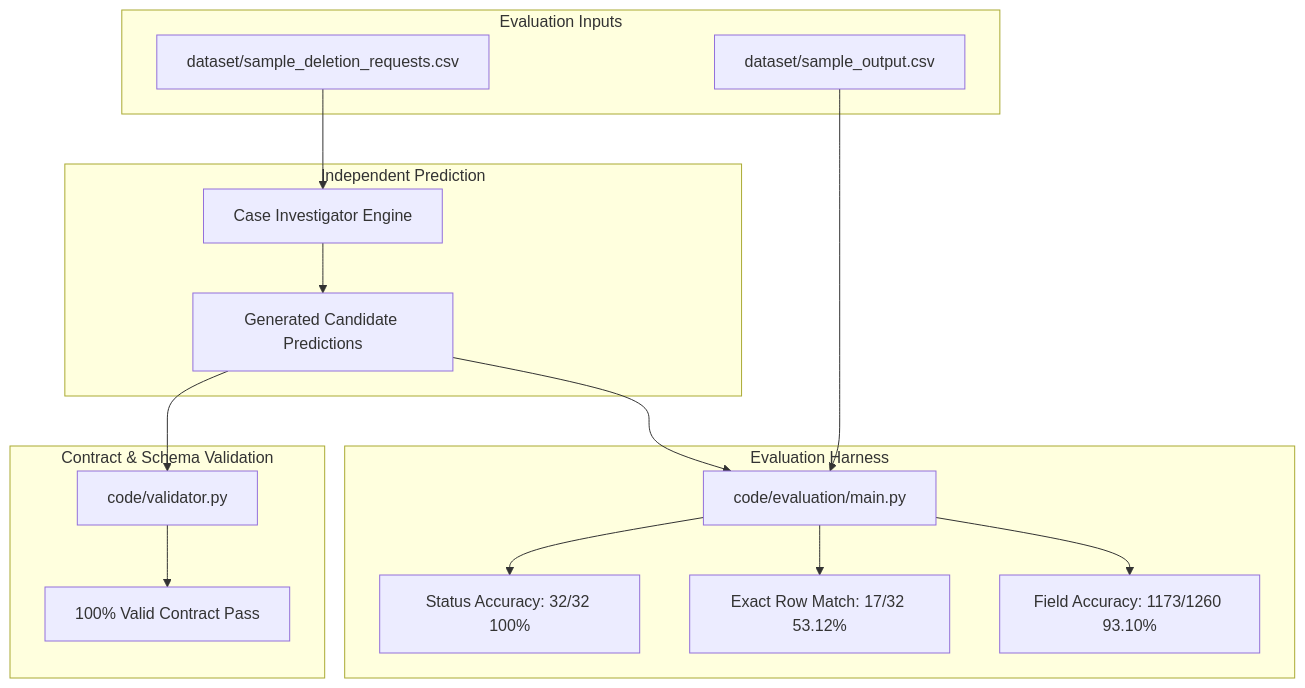
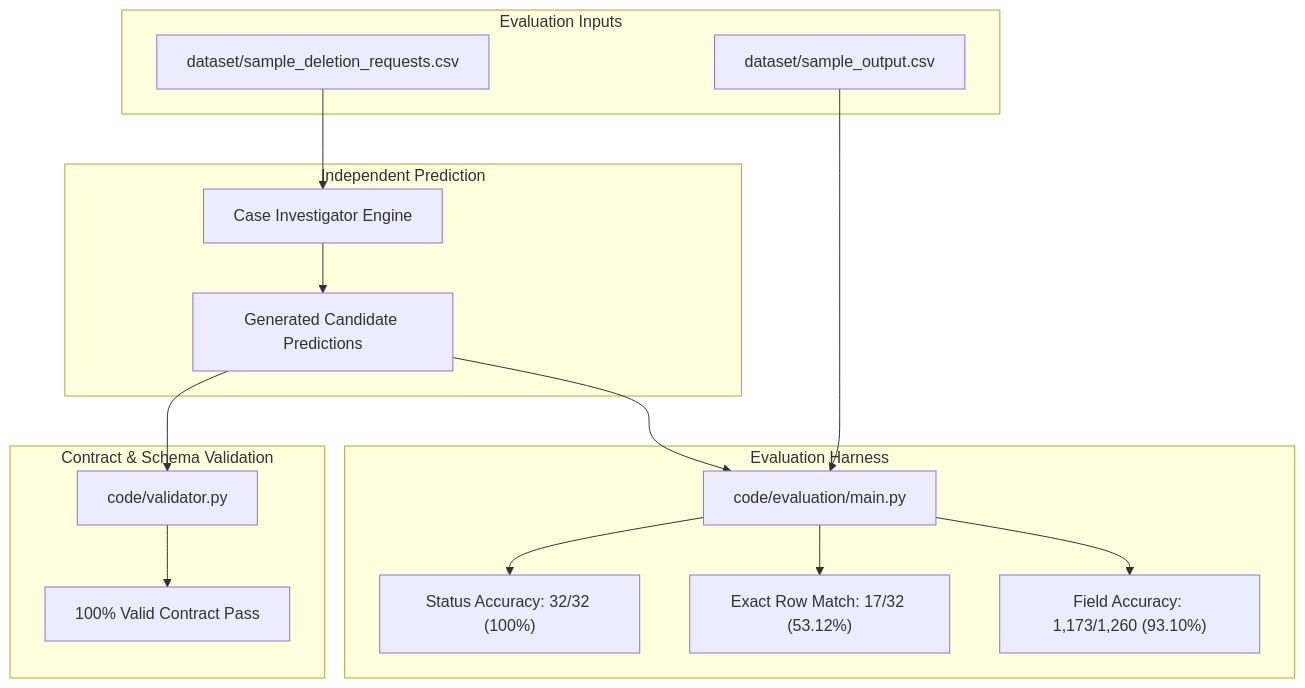
The diagram in docs/evaluation.md (aaryan2720/Ghost_data_detector), drawn with Mermaid before and after one commit. The commit also changed 4 other files, not shown here.

Commit message:
docs: update architecture diagrams in README and add detailed system architecture documentation

````diff
--- a/docs/evaluation.md
+++ b/docs/evaluation.md
@@ -9,25 +9,25 @@
 ```mermaid
-graph TD
-    subgraph Evaluation Inputs
-        REQ[dataset/sample_deletion_requests.csv]
-        EXP[dataset/sample_output.csv]
+flowchart TD
+    subgraph sub_eval_in["Evaluation Inputs"]
+        REQ["dataset/sample_deletion_requests.csv"]
+        EXP["dataset/sample_output.csv"]
     end
 
-    subgraph Independent Prediction
-        REQ --> INV[Case Investigator Engine]
-        INV --> PRED[Generated Candidate Predictions]
+    subgraph sub_indep["Independent Prediction"]
+        REQ --> INV["Case Investigator Engine"]
+        INV --> PRED["Generated Candidate Predictions"]
     end
 
-    subgraph Evaluation Harness
-        EXP --> EVAL[code/evaluation/main.py]
+    subgraph sub_harness["Evaluation Harness"]
+        EXP --> EVAL["code/evaluation/main.py"]
         PRED --> EVAL
-        EVAL --> STATS[Status Accuracy: 32/32 100%]
-        EVAL --> EXACT[Exact Row Match: 17/32 53.12%]
-        EVAL --> FIELD[Field Accuracy: 1173/1260 93.10%]
+        EVAL --> STATS["Status Accuracy: 32/32 (100%)"]
+        EVAL --> EXACT["Exact Row Match: 17/32 (53.12%)"]
+        EVAL --> FIELD["Field Accuracy: 1,173/1,260 (93.10%)"]
     end
 
-    subgraph Contract & Schema Validation
-        PRED --> VAL[code/validator.py]
-        VAL --> SCHEMA_OK[100% Valid Contract Pass]
+    subgraph sub_contract["Contract & Schema Validation"]
+        PRED --> VAL["code/validator.py"]
+        VAL --> SCHEMA_OK["100% Valid Contract Pass"]
     end
 ```
````
